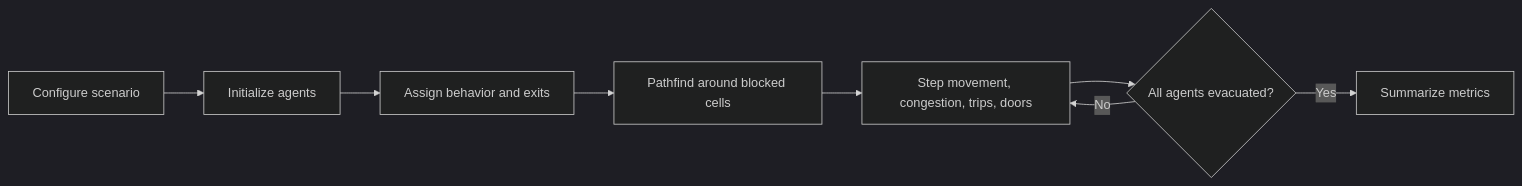
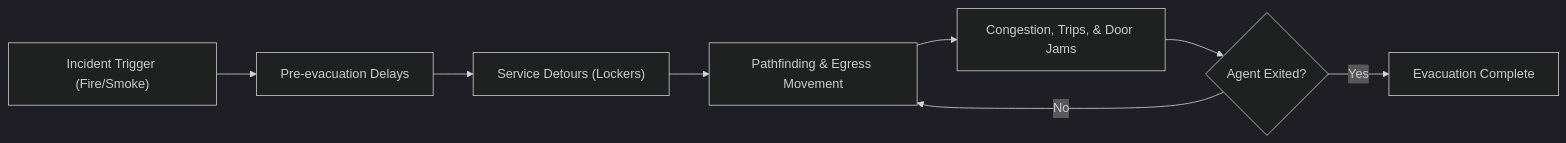
The diagram in README.md (jaeqwrty/simulation_comlabV3), drawn with Mermaid (dark theme) before and after one commit. The commit also changed other lines of this file and 1 other file, not shown here.

Commit message:
docs: update egress process flow to reflect simulation events

````diff
--- a/README.md
+++ b/README.md
@@ -107,10 +113,10 @@
 ```mermaid
 flowchart LR
-  A["Configure scenario"] --> B["Initialize agents"]
-  B --> C["Assign behavior and exits"]
-  C --> D["Pathfind around blocked cells"]
-  D --> E["Step movement, congestion, trips, doors"]
-  E --> F{"All agents evacuated?"}
-  F -- "No" --> E
-  F -- "Yes" --> G["Summarize metrics"]
+  A["Incident Trigger (Fire/Smoke)"] --> B["Pre-evacuation Delays"]
+  B --> C["Service Detours (Lockers)"]
+  C --> D["Pathfinding & Egress Movement"]
+  D --> E["Congestion, Trips, & Door Jams"]
+  E --> F{"Agent Exited?"}
+  F -- "No" --> D
+  F -- "Yes" --> G["Evacuation Complete"]
 ```
````
